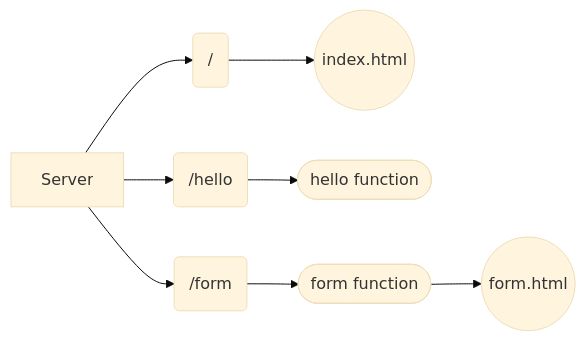
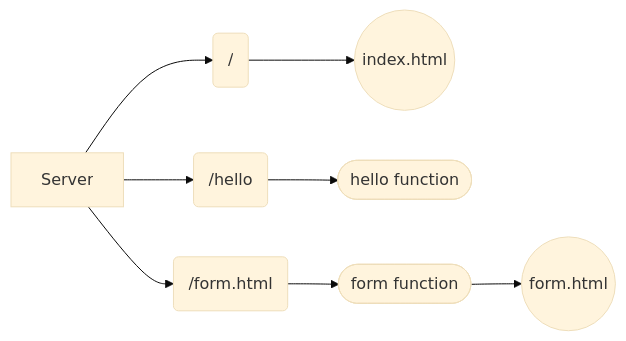
One commit to jeanpsv/simple-webserver-with-go changed the diagram in README.md. Above: the diagram before and after it, drawn with Mermaid (base theme).

Commit message:
adjusts form path

````diff
--- a/README.md
+++ b/README.md
@@ -5,6 +5,6 @@
 ```mermaid
 graph LR;
 Server --> index_path(/) --> index((index.html))
 Server --> hello_path(/hello) --> hello_function([hello function])
-Server --> form_path(/form) --> form_function([form function]) --> form((form.html))
+Server --> form_path(/form.html) --> form_function([form function]) --> form((form.html))
 ```
````
